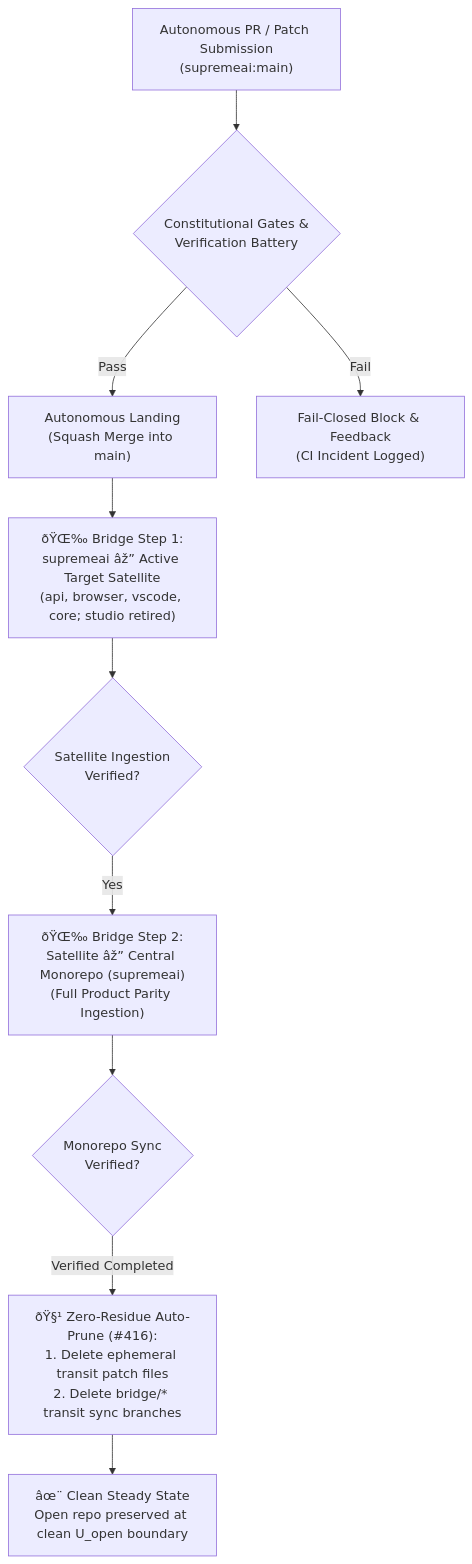
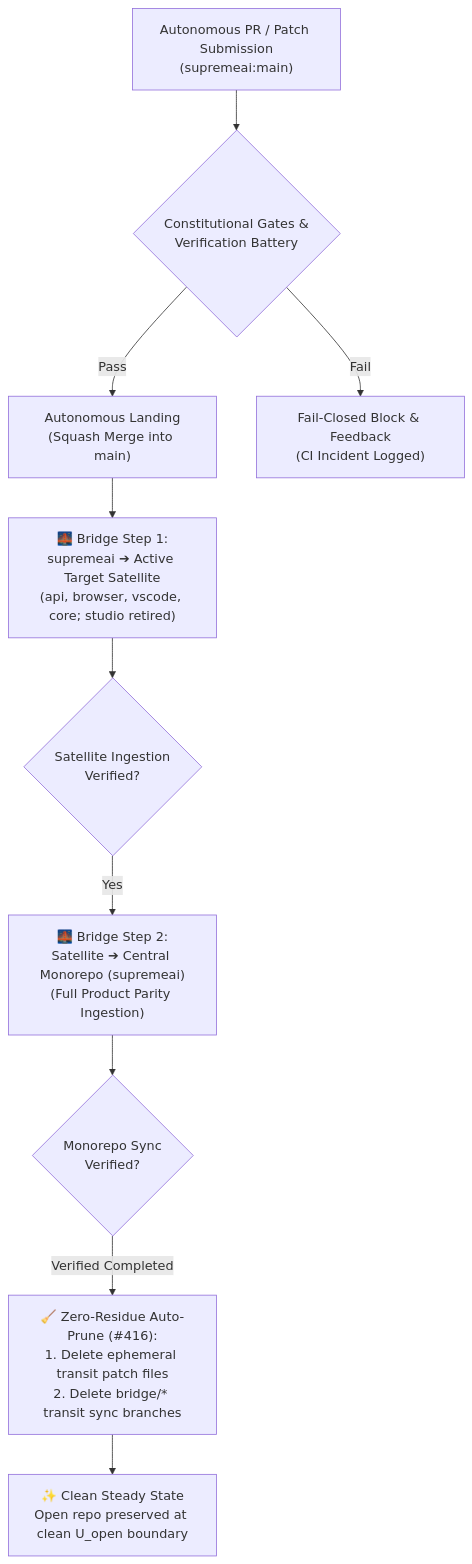
The third of 4 diagrams in README.md (Supremeai-bd/supremeai), drawn with Mermaid before and after one commit. The commit also changed other lines of this file and 18 other files, not shown here.

````diff
--- a/README.md
+++ b/README.md
@@ -97,18 +97,18 @@
 ```mermaid
 flowchart TD
     PR["Autonomous PR / Patch Submission<br>(supremeai:main)"] --> GATES{"Constitutional Gates &<br>Verification Battery"}
     
     GATES -- "Pass" --> LAND["Autonomous Landing<br>(Squash Merge into main)"]
     GATES -- "Fail" --> REJECT["Fail-Closed Block & Feedback<br>(CI Incident Logged)"]
     
-    LAND --> STEP1["ðŸŒ‰ Bridge Step 1:<br>supremeai âž” Active Target Satellite<br>(api, browser, vscode, core; studio retired)"]
+    LAND --> STEP1["🌉 Bridge Step 1:<br>supremeai ➔ Active Target Satellite<br>(api, browser, vscode, core; studio retired)"]
     
     STEP1 --> VERIFY1{"Satellite Ingestion<br>Verified?"}
-    VERIFY1 -- "Yes" --> STEP2["ðŸŒ‰ Bridge Step 2:<br>Satellite âž” Central Monorepo (supremeai)<br>(Full Product Parity Ingestion)"]
+    VERIFY1 -- "Yes" --> STEP2["🌉 Bridge Step 2:<br>Satellite ➔ Central Monorepo (supremeai)<br>(Full Product Parity Ingestion)"]
     
     STEP2 --> VERIFY2{"Monorepo Sync<br>Verified?"}
     
-    VERIFY2 -- "Verified Completed" --> PRUNE["ðŸ§¹ Zero-Residue Auto-Prune (#416):<br>1. Delete ephemeral transit patch files<br>2. Delete bridge/* transit sync branches"]
+    VERIFY2 -- "Verified Completed" --> PRUNE["🧹 Zero-Residue Auto-Prune (#416):<br>1. Delete ephemeral transit patch files<br>2. Delete bridge/* transit sync branches"]
     
-    PRUNE --> CLEAN["âœ¨ Clean Steady State<br>Open repo preserved at clean U_open boundary"]
+    PRUNE --> CLEAN["✨ Clean Steady State<br>Open repo preserved at clean U_open boundary"]
 ```
````
